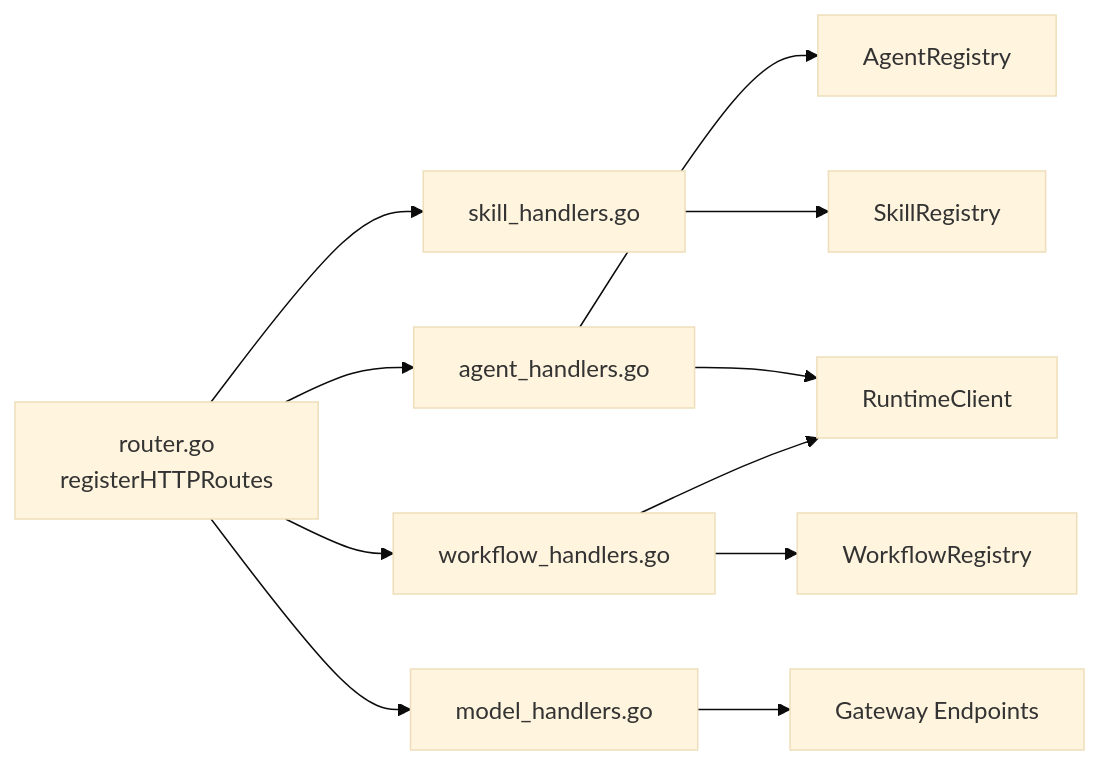
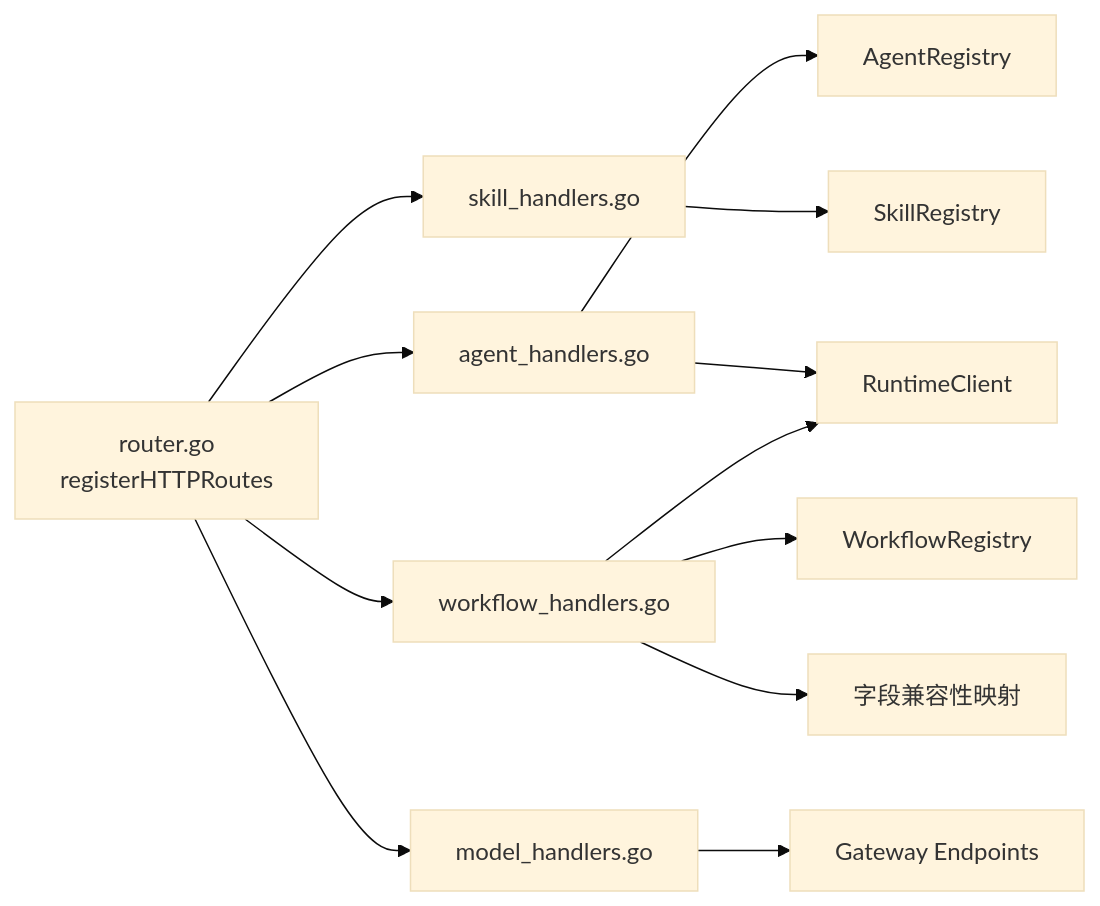
One commit to ai-guru-global/resolve-agent changed the third of 4 diagrams in .qoder/repowiki/zh/content/API 参考文档/REST API.md. Above: the diagram before and after it, drawn with Mermaid (base theme). The commit also changed other lines of this file and 34 other files, not shown here.

````diff
--- a/.qoder/repowiki/zh/content/API 参考文档/REST API.md
+++ b/.qoder/repowiki/zh/content/API 参考文档/REST API.md
@@ -311,13 +356,14 @@
 ```mermaid
 graph LR
 Router["router.go<br/>registerHTTPRoutes"] --> AH["agent_handlers.go"]
 Router --> SH["skill_handlers.go"]
 Router --> WH["workflow_handlers.go"]
 Router --> MH["model_handlers.go"]
 AH --> RegA["AgentRegistry"]
 SH --> RegS["SkillRegistry"]
 WH --> RegW["WorkflowRegistry"]
 WH --> RT["RuntimeClient"]
 AH --> RT
 MH --> GW["Gateway Endpoints"]
+WH --> Compat["字段兼容性映射"]
 ```
````
